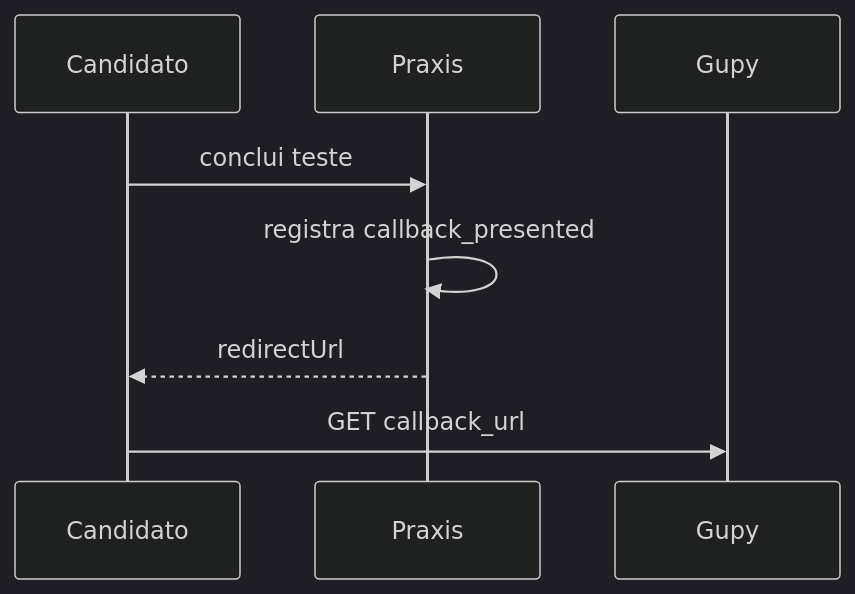
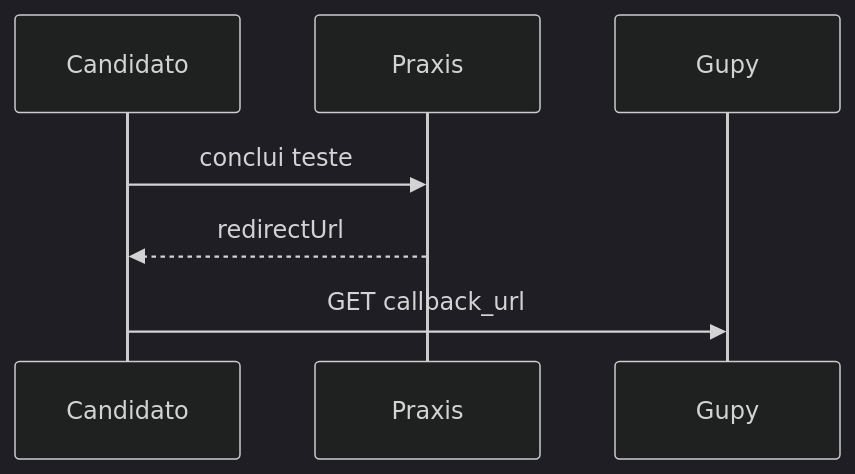
The second of 2 diagrams in docs/INTEGRACAO-GUPY-PROVEDOR.md (diogo2806/praxis), drawn with Mermaid (dark theme) before and after one commit. The commit also changed other lines of this file, not shown here.

````diff
--- a/docs/INTEGRACAO-GUPY-PROVEDOR.md
+++ b/docs/INTEGRACAO-GUPY-PROVEDOR.md
@@ -272,11 +275,10 @@
 ```mermaid
 sequenceDiagram
   participant Candidato
   participant Praxis
   participant Gupy
 
   Candidato->>Praxis: conclui teste
-  Praxis->>Praxis: registra callback_presented
   Praxis-->>Candidato: redirectUrl
   Candidato->>Gupy: GET callback_url
 ```
````
